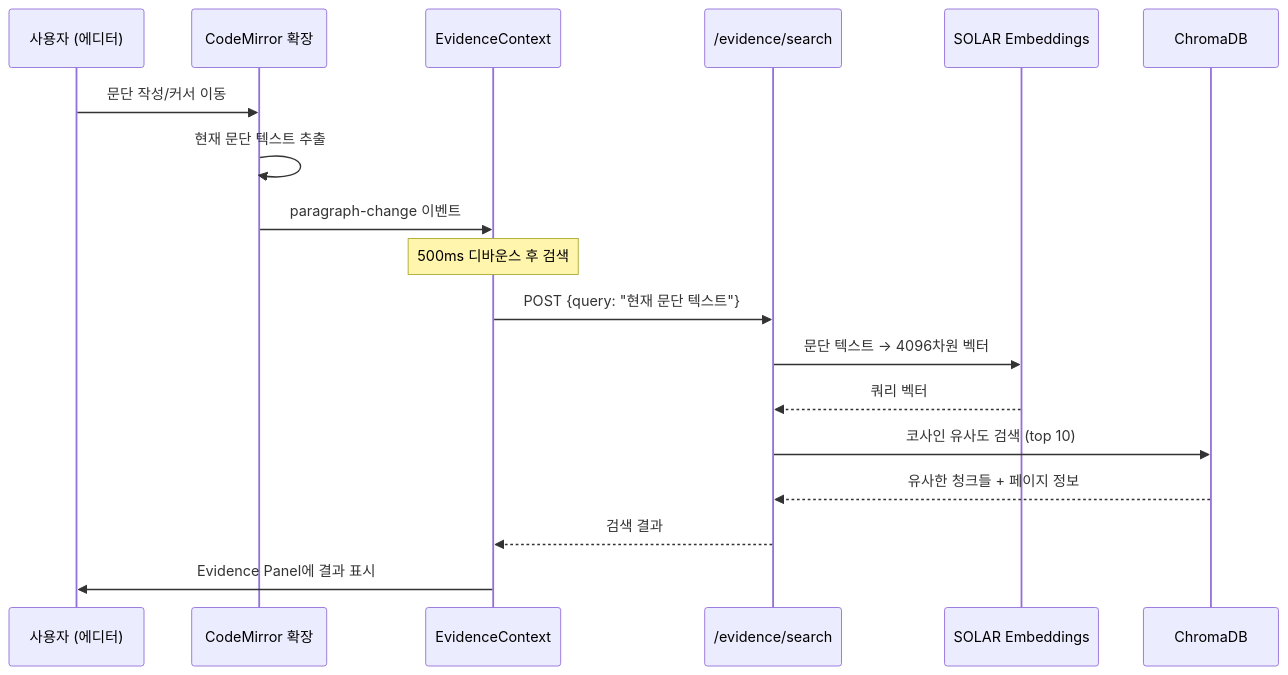
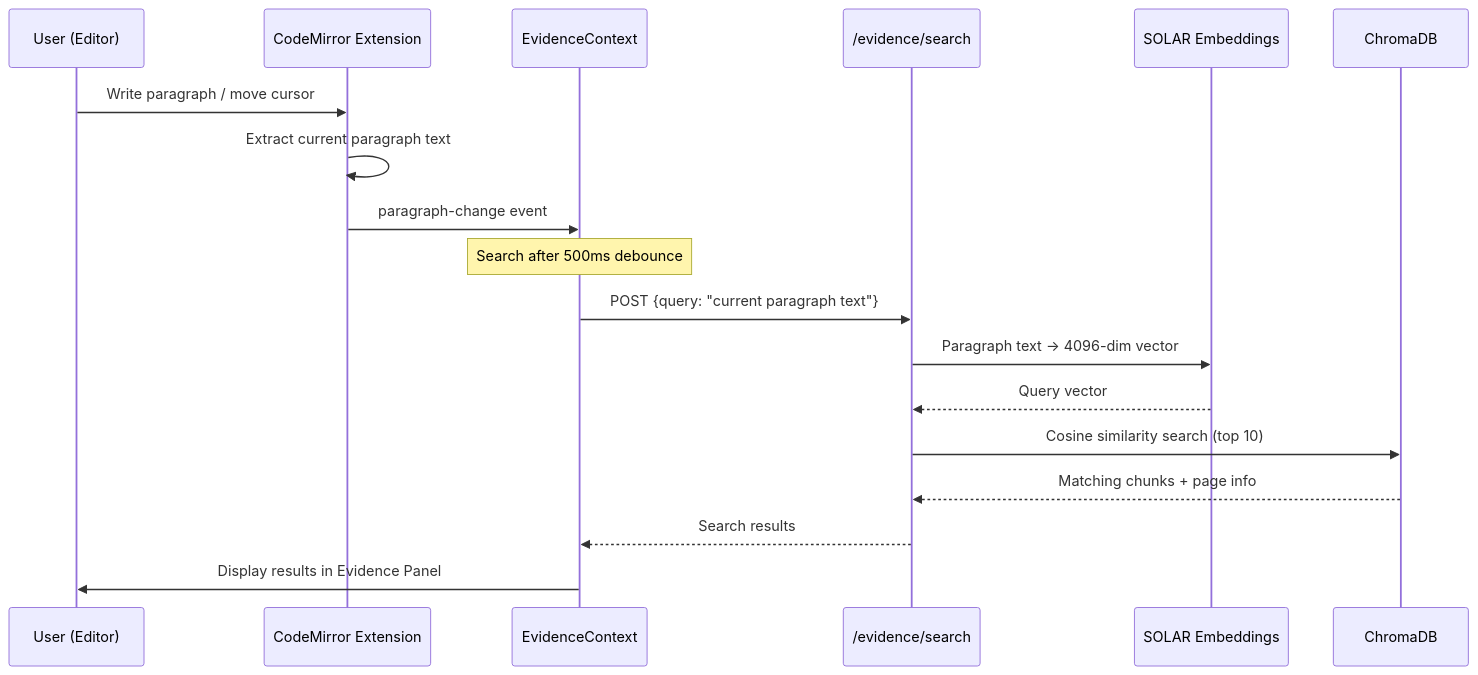
Before and after one commit to GoBeromsu/My-Awesome-RA: the second of 4 diagrams in README.md, drawn with Mermaid. The commit also changed other lines of this file, not shown here.

````diff
--- a/README.md
+++ b/README.md
@@ -99,23 +99,23 @@
 ```mermaid
 sequenceDiagram
-    participant 사용자 as 사용자 (에디터)
-    participant 확장 as CodeMirror 확장
-    participant 컨텍스트 as EvidenceContext
+    participant User as User (Editor)
+    participant Ext as CodeMirror Extension
+    participant Ctx as EvidenceContext
     participant API as /evidence/search
     participant Solar as SOLAR Embeddings
     participant DB as ChromaDB
 
-    사용자->>확장: 문단 작성/커서 이동
-    확장->>확장: 현재 문단 텍스트 추출
-    확장->>컨텍스트: paragraph-change 이벤트
+    User->>Ext: Write paragraph / move cursor
+    Ext->>Ext: Extract current paragraph text
+    Ext->>Ctx: paragraph-change event
 
-    Note over 컨텍스트: 500ms 디바운스 후 검색
+    Note over Ctx: Search after 500ms debounce
 
-    컨텍스트->>API: POST {query: "현재 문단 텍스트"}
-    API->>Solar: 문단 텍스트 → 4096차원 벡터
-    Solar-->>API: 쿼리 벡터
-    API->>DB: 코사인 유사도 검색 (top 10)
-    DB-->>API: 유사한 청크들 + 페이지 정보
-    API-->>컨텍스트: 검색 결과
-    컨텍스트->>사용자: Evidence Panel에 결과 표시
+    Ctx->>API: POST {query: "current paragraph text"}
+    API->>Solar: Paragraph text → 4096-dim vector
+    Solar-->>API: Query vector
+    API->>DB: Cosine similarity search (top 10)
+    DB-->>API: Matching chunks + page info
+    API-->>Ctx: Search results
+    Ctx->>User: Display results in Evidence Panel
 ```
````
